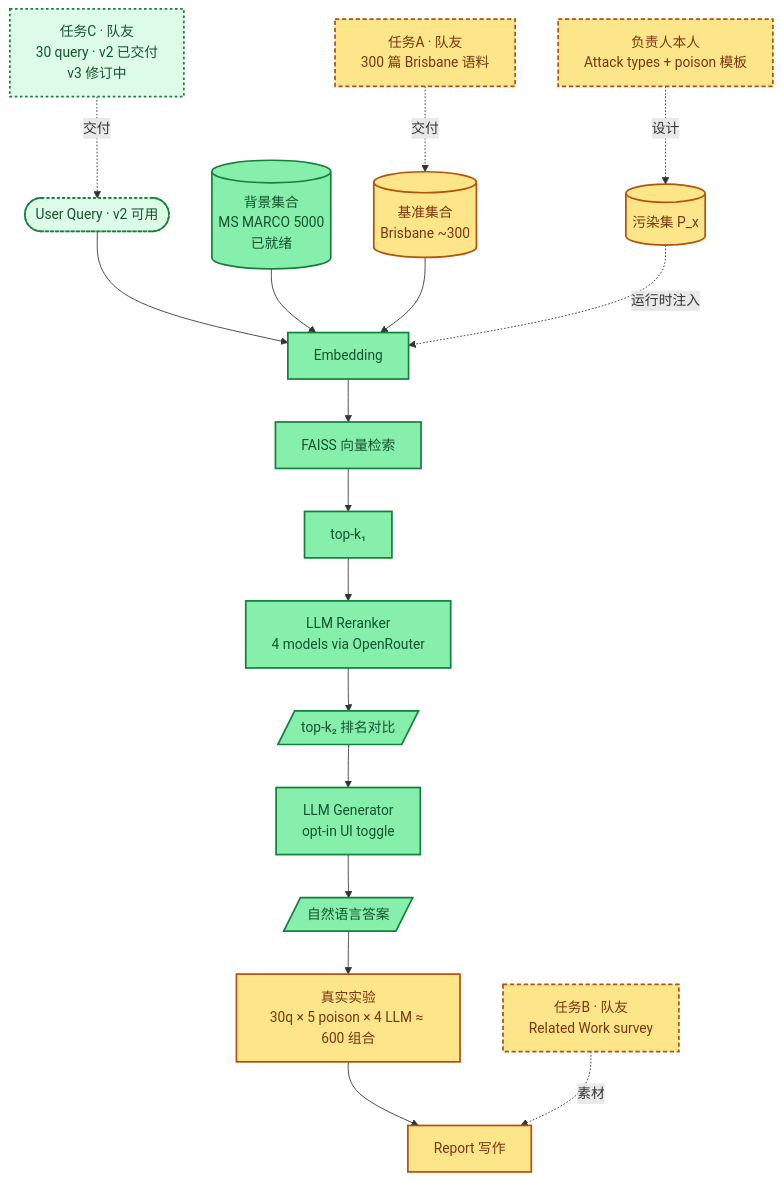
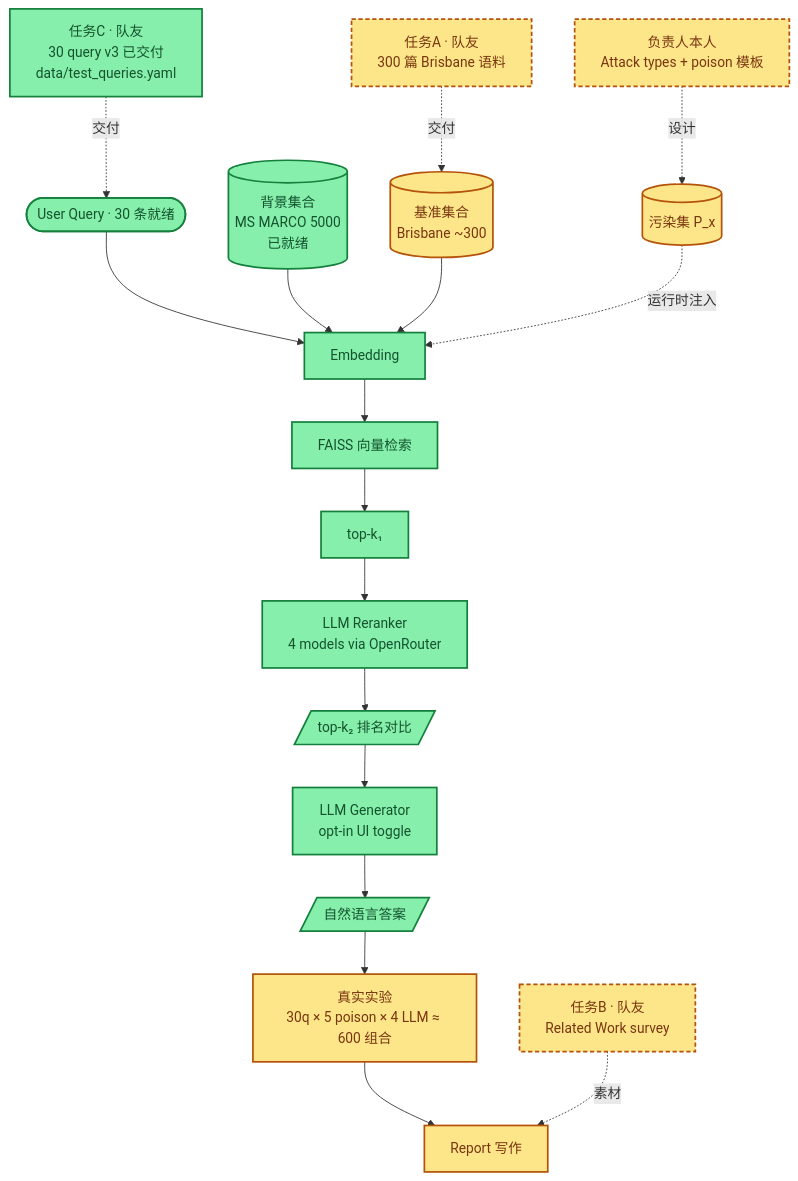
Before and after one commit to LiuJiLan/COMS4507-RAG-Poisoning-Demo: the second of 2 diagrams in README.cn.md, drawn with Mermaid. The commit also changed other lines of this file and 1 other file, not shown here.

Commit message:
Upgrade test_queries to v3 (30 real queries); mark task C ready

````diff
--- a/README.cn.md
+++ b/README.cn.md
@@ -91,49 +91,49 @@
 ```mermaid
 flowchart TB
     %% ===== 待交付任务（虚线框，标 owner） =====
     TA["任务A · 队友<br/>300 篇 Brisbane 语料"]:::task
-    TC["任务C · 队友<br/>30 query · v2 已交付<br/>v3 修订中"]:::partial
+    TC["任务C · 队友<br/>30 query v3 已交付<br/>data/test_queries.yaml"]:::ready
     TL["负责人本人<br/>Attack types + poison 模板"]:::task
     TB["任务B · 队友<br/>Related Work survey"]:::task
 
     %% ===== RAG 输入（部分就绪） =====
-    Q([User Query · v2 可用]):::partial
+    Q([User Query · 30 条就绪]):::ready
     BG[("背景集合<br/>MS MARCO 5000<br/>已就绪")]:::ready
     BASE[("基准集合<br/>Brisbane ~300")]:::wait
     PX[(污染集 P_x)]:::wait
 
     %% ===== Pipeline 代码（已就绪） =====
     EMB["Embedding"]:::ready
     FAISS["FAISS 向量检索"]:::ready
     K1["top-k₁"]:::ready
     RER["LLM Reranker<br/>4 models via OpenRouter"]:::ready
     GEN["LLM Generator<br/>opt-in UI toggle"]:::ready
     K2[/"top-k₂ 排名对比"/]:::ready
     ANS[/"自然语言答案"/]:::ready
 
     %% ===== 最终产出（阻塞中） =====
     EXP["真实实验<br/>30q × 5 poison × 4 LLM ≈ 600 组合"]:::wait
     REP["Report 写作"]:::wait
 
     %% 任务 → 输入 供给关系
     TC -.->|交付| Q
     TA -.->|交付| BASE
     TL -.->|设计| PX
 
     %% Pipeline 主流
     Q --> EMB
     BG --> EMB
     BASE --> EMB
     PX -. 运行时注入 .-> EMB
     EMB --> FAISS --> K1 --> RER --> K2 --> GEN --> ANS
 
     %% 下游阻塞链
     ANS --> EXP
     EXP --> REP
     TB -.->|素材| REP
 
     classDef ready fill:#86efac,stroke:#15803d,color:#14532d,stroke-width:2px
     classDef wait fill:#fde68a,stroke:#b45309,color:#78350f,stroke-width:2px
     classDef task fill:#fde68a,stroke:#b45309,color:#78350f,stroke-width:2px,stroke-dasharray:5 3
     classDef partial fill:#dcfce7,stroke:#15803d,color:#14532d,stroke-width:2px,stroke-dasharray:3 3
 ```
````
